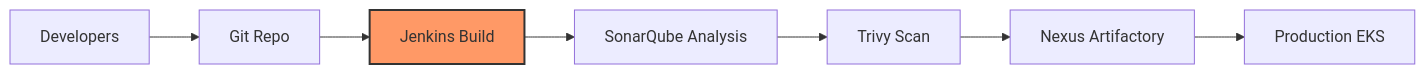
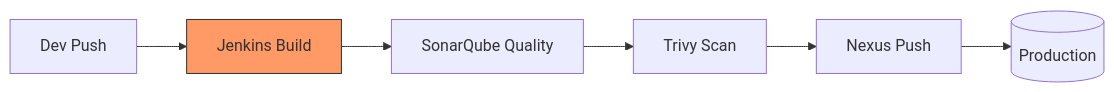
The diagram in jenkins/README.md (kloudtechvizag/cloud-devops-interview-prep), drawn with Mermaid before and after one commit. The commit also changed other lines of this file and 20 other files, not shown here.

````diff
--- a/jenkins/README.md
+++ b/jenkins/README.md
@@ -14,10 +8,9 @@
 ```mermaid
 graph LR
-    A[Developers] --> B[Git Repo]
-    B --> C[Jenkins Build]
-    C --> D[SonarQube Analysis]
-    D --> E[Trivy Scan]
-    E --> F[Nexus Artifactory]
-    F --> G[Production EKS]
-    style C fill:#f96,stroke:#333,stroke-width:2px
+    A[Dev Push] --> B[Jenkins Build]
+    B --> C[SonarQube Quality]
+    C --> D[Trivy Scan]
+    D --> E[Nexus Push]
+    E --> F[(Production)]
+    style B fill:#f96,stroke:#333
 ```
````
